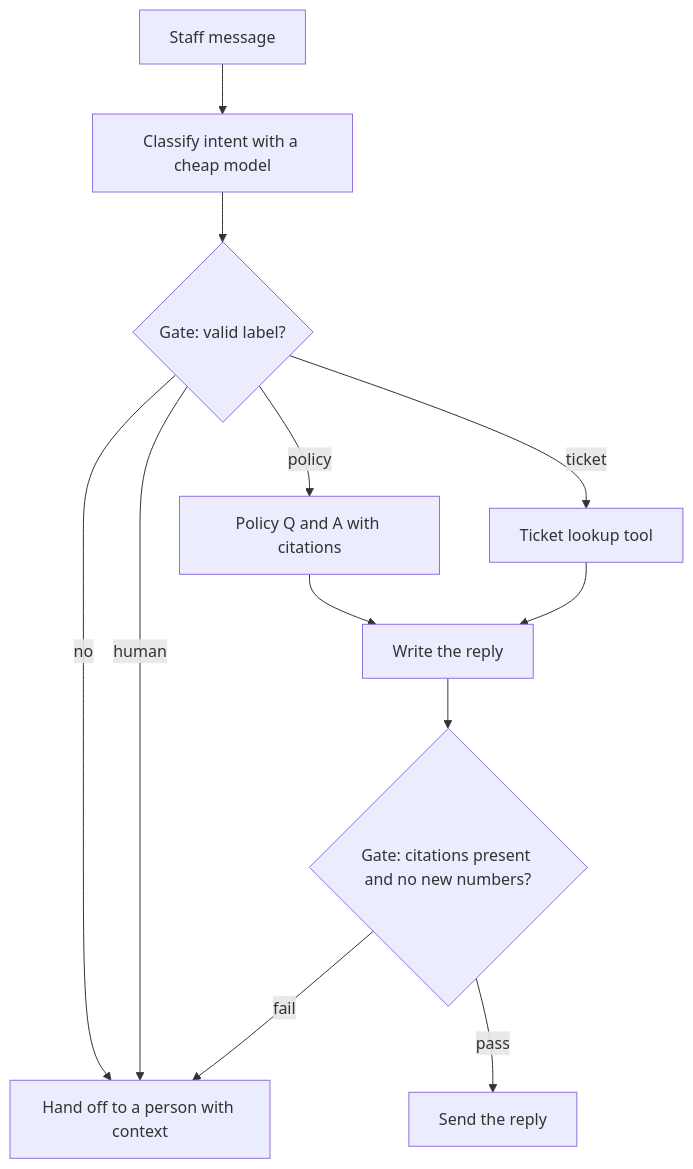
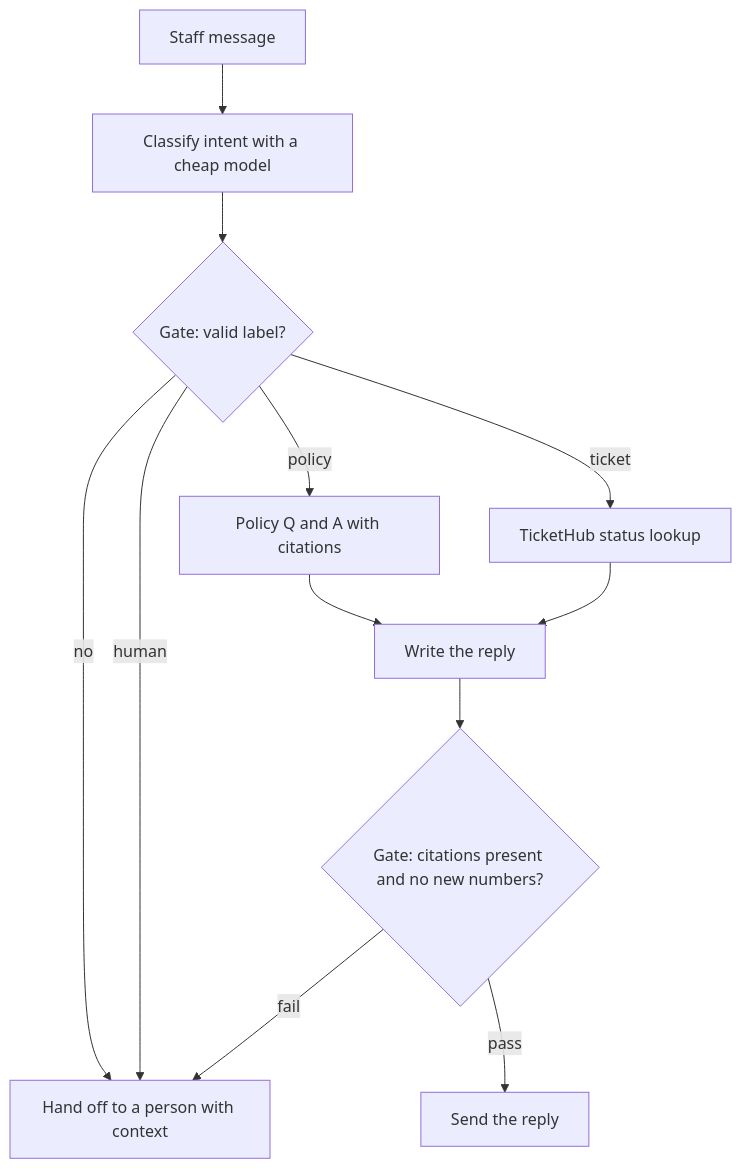
Before and after one commit to Tamoura/system-design-for-vibe-coders: the diagram in aiapps/modules/05-workflows.md, drawn with Mermaid. The commit also changed other lines of this file and 65 other files, not shown here.

````diff
--- a/aiapps/modules/05-workflows.md
+++ b/aiapps/modules/05-workflows.md
@@ -44,14 +47,14 @@
 ```mermaid
 flowchart TD
     A["Staff message"] --> B["Classify intent with a cheap model"]
     B --> G1{"Gate: valid label?"}
     G1 -- "no" --> H["Hand off to a person with context"]
     G1 -- "policy" --> P["Policy Q and A with citations"]
-    G1 -- "ticket" --> T["Ticket lookup tool"]
+    G1 -- "ticket" --> T["TicketHub status lookup"]
     G1 -- "human" --> H
     P --> S["Write the reply"]
     T --> S
     S --> G2{"Gate: citations present and no new numbers?"}
     G2 -- "pass" --> R["Send the reply"]
     G2 -- "fail" --> H
 ```
````
